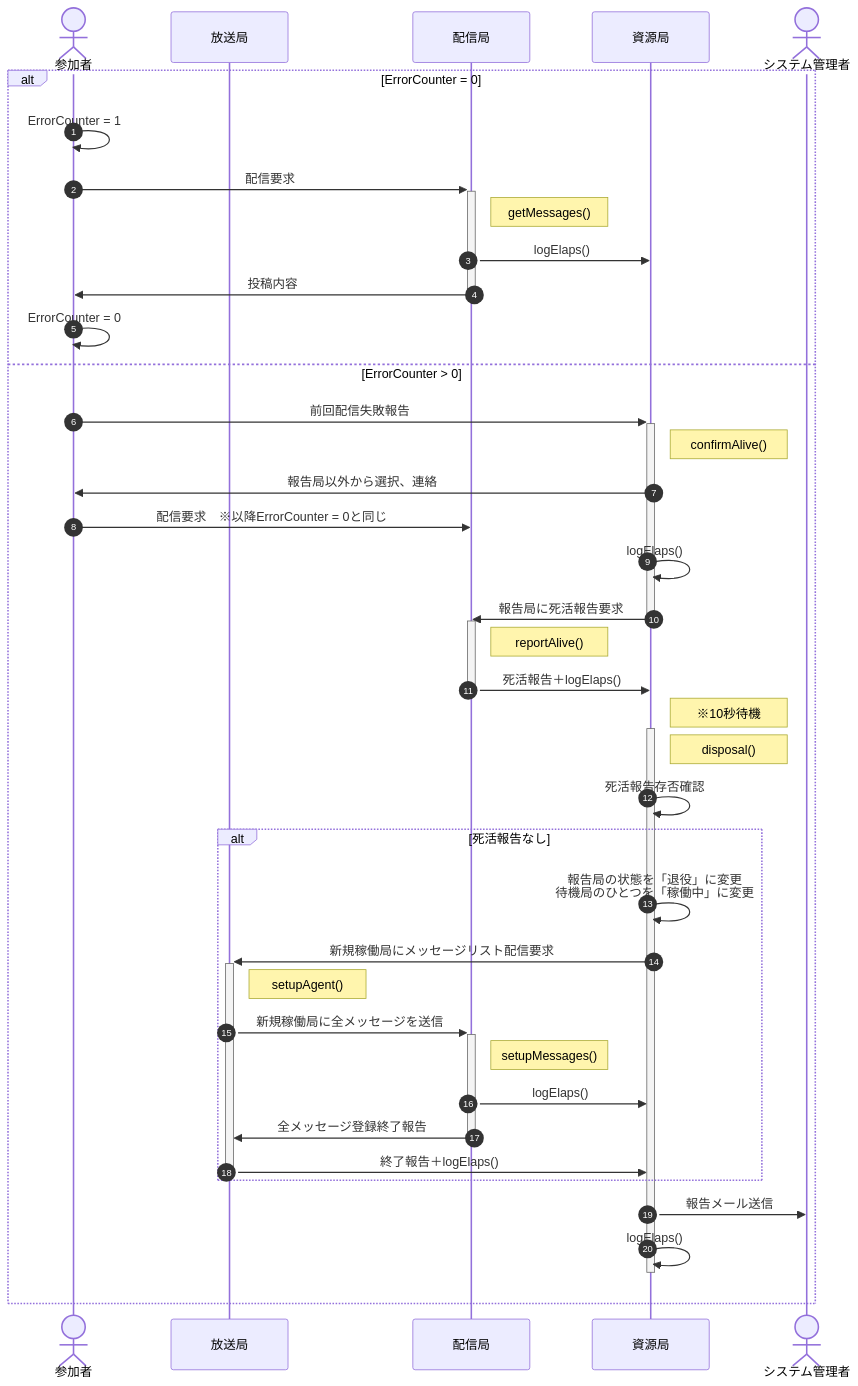
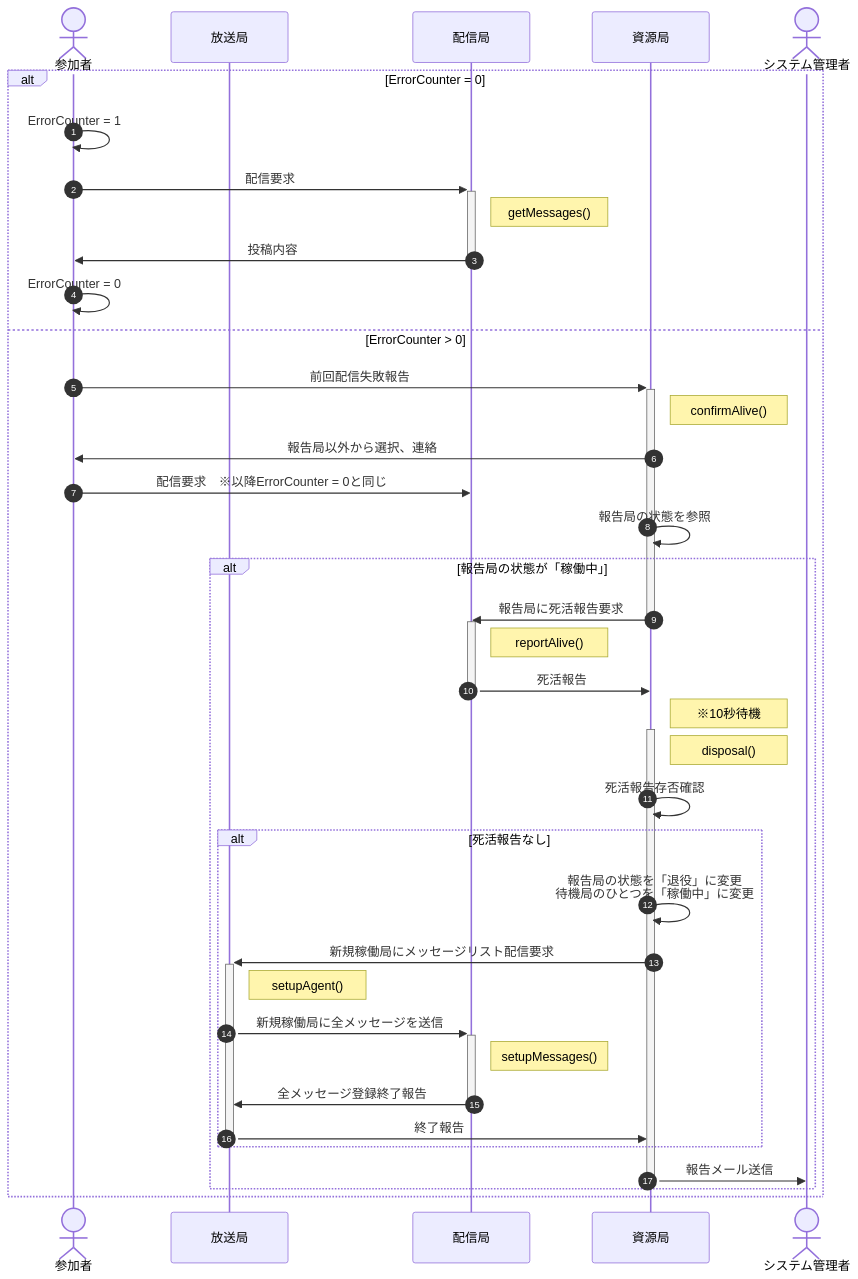
One commit to nakaone/EventStaff changed the sixth of 7 diagrams in doc/server.md. Above: the diagram before and after it, drawn with Mermaid. The commit also changed other lines of this file and 1 other file, not shown here.

````diff
--- a/doc/server.md
+++ b/doc/server.md
@@ -251,48 +247,47 @@
 ```mermaid
 sequenceDiagram
   autonumber
   actor guest as 参加者
   participant broad as 放送局
   participant agent as 配信局
   participant agency as 資源局
   actor admin as システム管理者
 
   alt ErrorCounter = 0
     guest ->> guest : ErrorCounter = 1
     guest ->>+ agent : 配信要求
     Note right of agent : getMessages()
-    agent ->> agency : logElaps()
     agent ->>- guest : 投稿内容
     guest ->> guest : ErrorCounter = 0
 
   else ErrorCounter > 0
     guest ->>+ agency : 前回配信失敗報告
     Note right of agency : confirmAlive()
     agency ->> guest : 報告局以外から選択、連絡
     guest ->> agent : 配信要求　※以降ErrorCounter = 0と同じ
 
-    agency ->> agency : logElaps()
-    agency ->>- agent : 報告局に死活報告要求
-    activate agent
-    Note right of agent : reportAlive()
-    agent ->> agency : 死活報告＋logElaps()
-    deactivate agent
-    Note right of agency : ※10秒待機
-    activate agency
-    Note right of agency : disposal()
-    agency ->> agency : 死活報告存否確認
-    alt 死活報告なし
-      agency ->> agency : 報告局の状態を「退役」に変更<br>待機局のひとつを「稼働中」に変更
-      agency ->>+ broad : 新規稼働局にメッセージリスト配信要求
-      Note right of broad : setupAgent()
-      broad ->>+ agent : 新規稼働局に全メッセージを送信
-      Note right of agent : setupMessages()
-      agent ->> agency : logElaps()
-      agent ->>- broad : 全メッセージ登録終了報告
-      broad ->>- agency : 終了報告＋logElaps()
+    agency ->> agency : 報告局の状態を参照
+    alt 報告局の状態が「稼働中」
+      agency ->>- agent : 報告局に死活報告要求
+      activate agent
+      Note right of agent : reportAlive()
+      agent ->> agency : 死活報告
+      deactivate agent
+      Note right of agency : ※10秒待機
+      activate agency
+      Note right of agency : disposal()
+      agency ->> agency : 死活報告存否確認
+      alt 死活報告なし
+        agency ->> agency : 報告局の状態を「退役」に変更<br>待機局のひとつを「稼働中」に変更
+        agency ->>+ broad : 新規稼働局にメッセージリスト配信要求
+        Note right of broad : setupAgent()
+        broad ->>+ agent : 新規稼働局に全メッセージを送信
+        Note right of agent : setupMessages()
+        agent ->>- broad : 全メッセージ登録終了報告
+        broad ->>- agency : 終了報告
+      end
+      agency ->> admin : 報告メール送信
+      deactivate agency
     end
-    agency ->> admin : 報告メール送信
-    agency ->> agency : logElaps()
-    deactivate agency
   end
 ```
````
